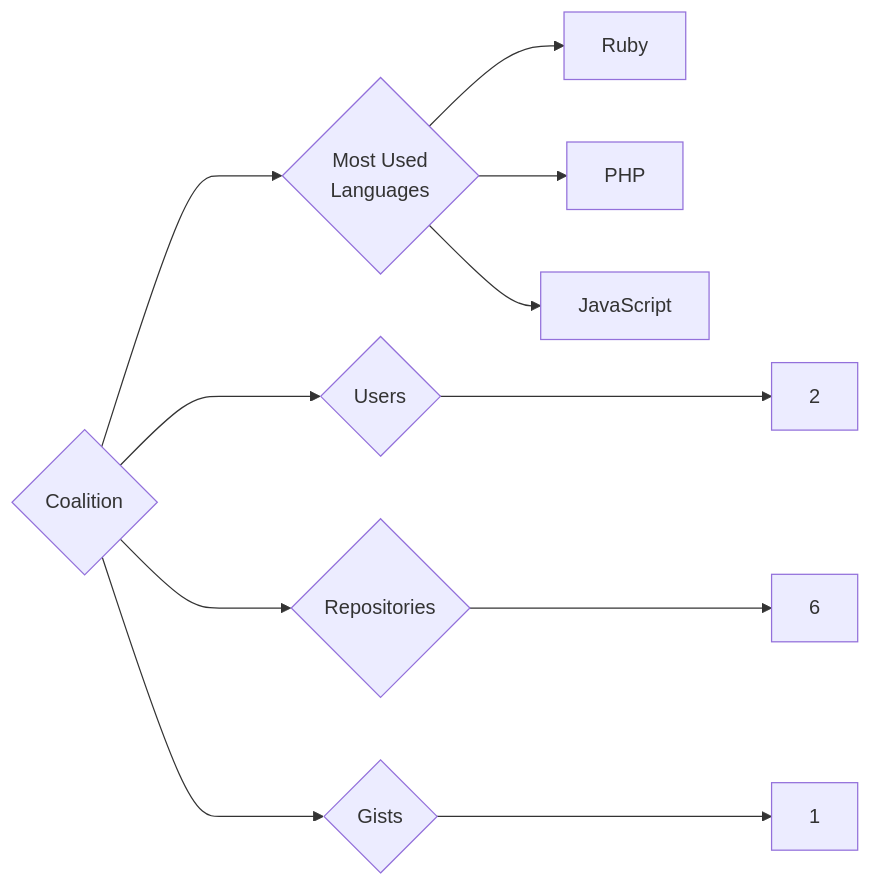
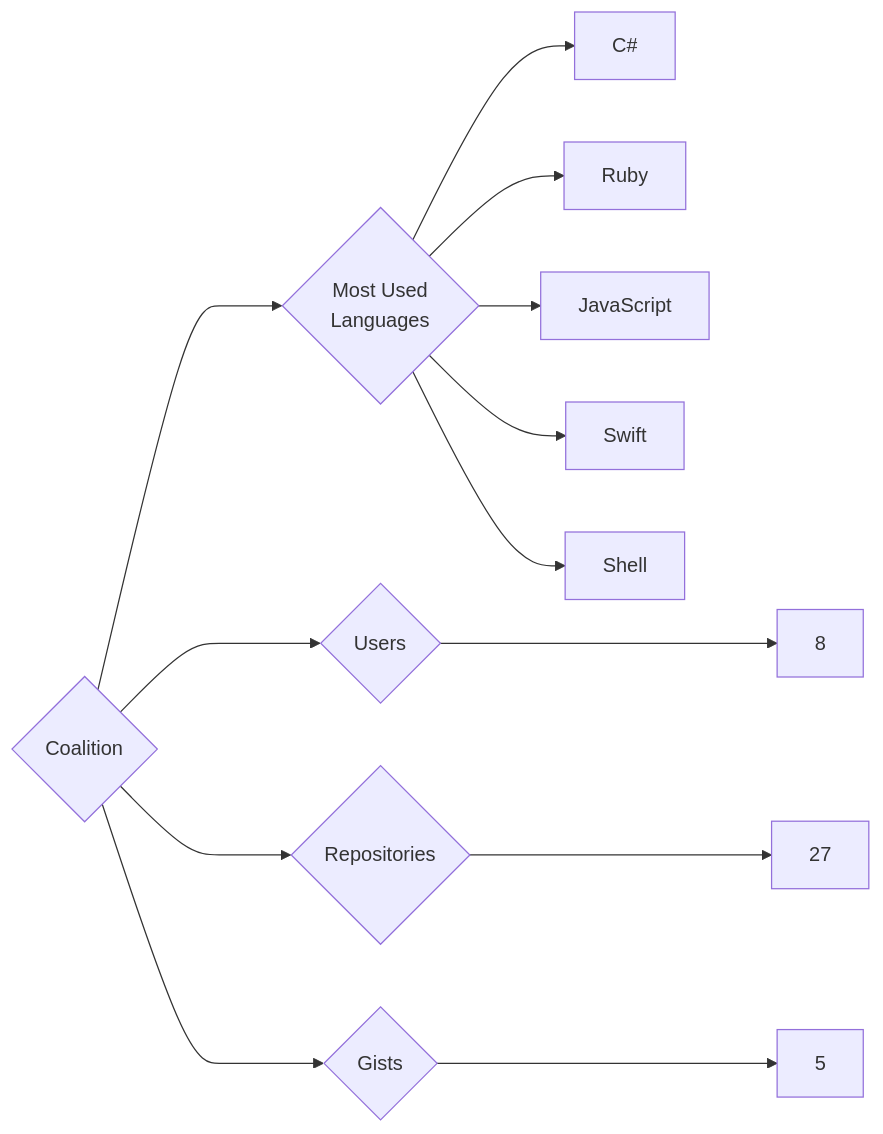
One commit to trickest/insiders changed the diagram in targets/Coalition/README.md. Above: the diagram before and after it, drawn with Mermaid. The commit also changed 1078 other files, not shown here.

````diff
--- a/targets/Coalition/README.md
+++ b/targets/Coalition/README.md
@@ -3,11 +3,13 @@
 ```mermaid
 graph LR
 COMPANY_NAME{Coalition}
-COMPANY_NAME ---> U{Users} ---> UN[2]
-COMPANY_NAME ---> R{Repositories} ---> RN[6]
-COMPANY_NAME ---> G{Gists} ---> GN[1]
+COMPANY_NAME ---> U{Users} ---> UN[8]
+COMPANY_NAME ---> R{Repositories} ---> RN[27]
+COMPANY_NAME ---> G{Gists} ---> GN[5]
 COMPANY_NAME ---> ML{Most Used<br>Languages}
+ML --> C#[C#]
 ML --> Ruby[Ruby]
-ML --> PHP[PHP]
 ML --> JavaScript[JavaScript]
+ML --> Swift[Swift]
+ML --> Shell[Shell]
 ```
````
